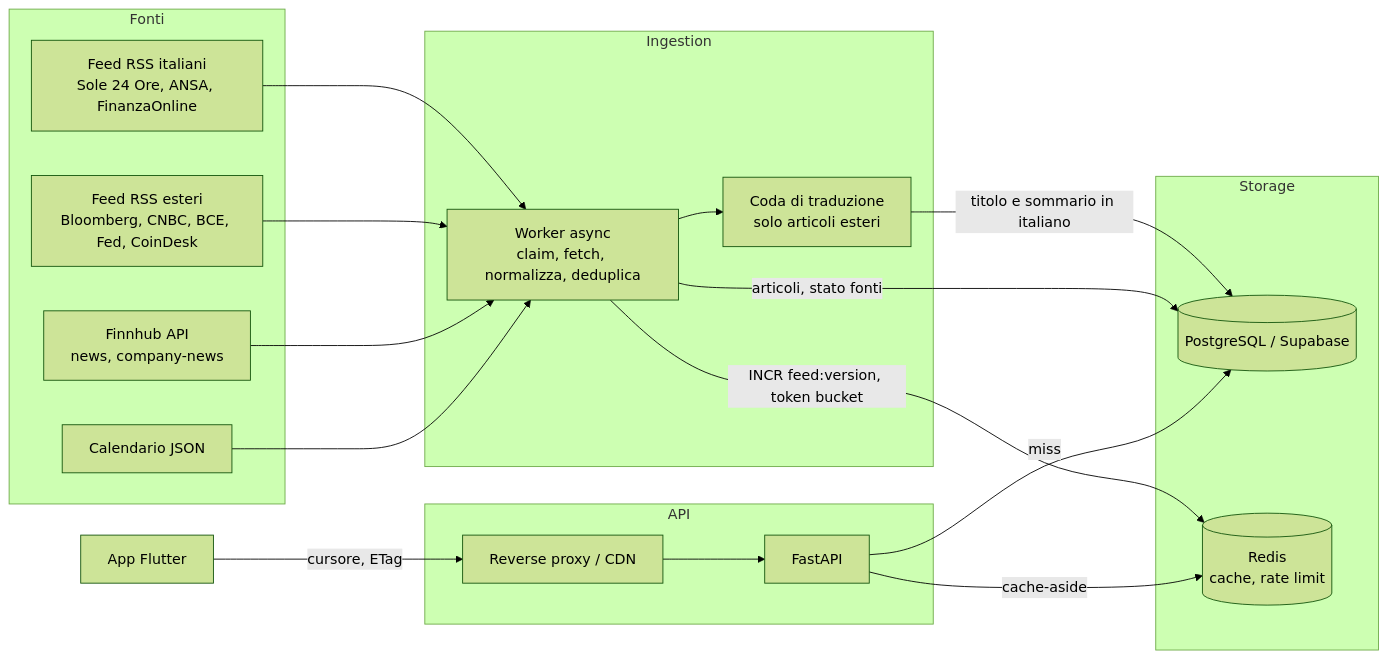
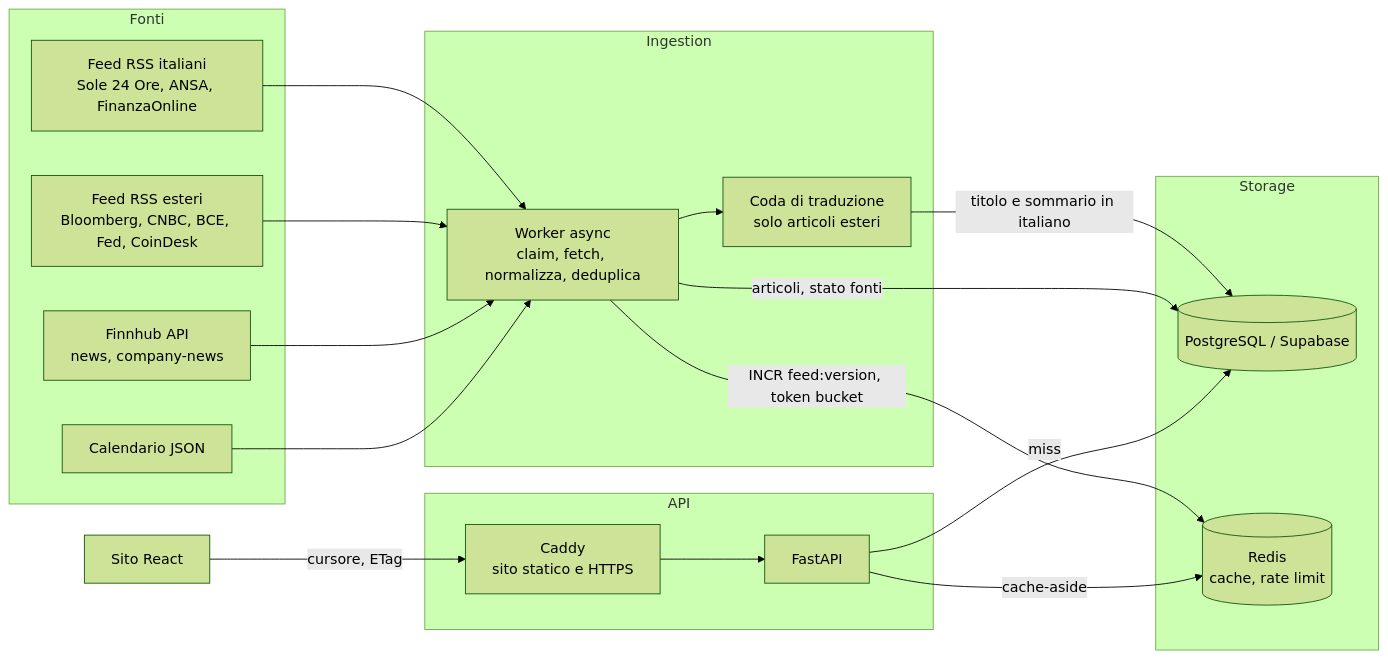
Before and after one commit to xxAnDrY/ClearMarket: the diagram in docs/ARCHITECTURE.md, drawn with Mermaid (forest theme). The commit also changed other lines of this file and 40 other files, not shown here.

````diff
--- a/docs/ARCHITECTURE.md
+++ b/docs/ARCHITECTURE.md
@@ -5,31 +5,31 @@
 ```mermaid
 flowchart LR
   subgraph Fonti
     RSS[Feed RSS italiani<br/>Sole 24 Ore, ANSA, FinanzaOnline]
     EST[Feed RSS esteri<br/>Bloomberg, CNBC, BCE, Fed, CoinDesk]
     FH[Finnhub API<br/>news, company-news]
     CAL[Calendario JSON]
   end
   subgraph Ingestion
     W[Worker async<br/>claim, fetch, normalizza, deduplica]
     T[Coda di traduzione<br/>solo articoli esteri]
   end
   subgraph Storage
     PG[(PostgreSQL / Supabase)]
     R[(Redis<br/>cache, rate limit)]
   end
   subgraph API
-    GW[Reverse proxy / CDN] --> A[FastAPI]
+    GW[Caddy<br/>sito statico e HTTPS] --> A[FastAPI]
   end
   RSS --> W
   EST --> W
   W --> T
   T -->|titolo e sommario in italiano| PG
   FH --> W
   CAL --> W
   W -->|articoli, stato fonti| PG
   W -->|INCR feed:version, token bucket| R
   A -->|cache-aside| R
   A -->|miss| PG
-  M[App Flutter] -->|cursore, ETag| GW
+  M[Sito React] -->|cursore, ETag| GW
 ```
````
